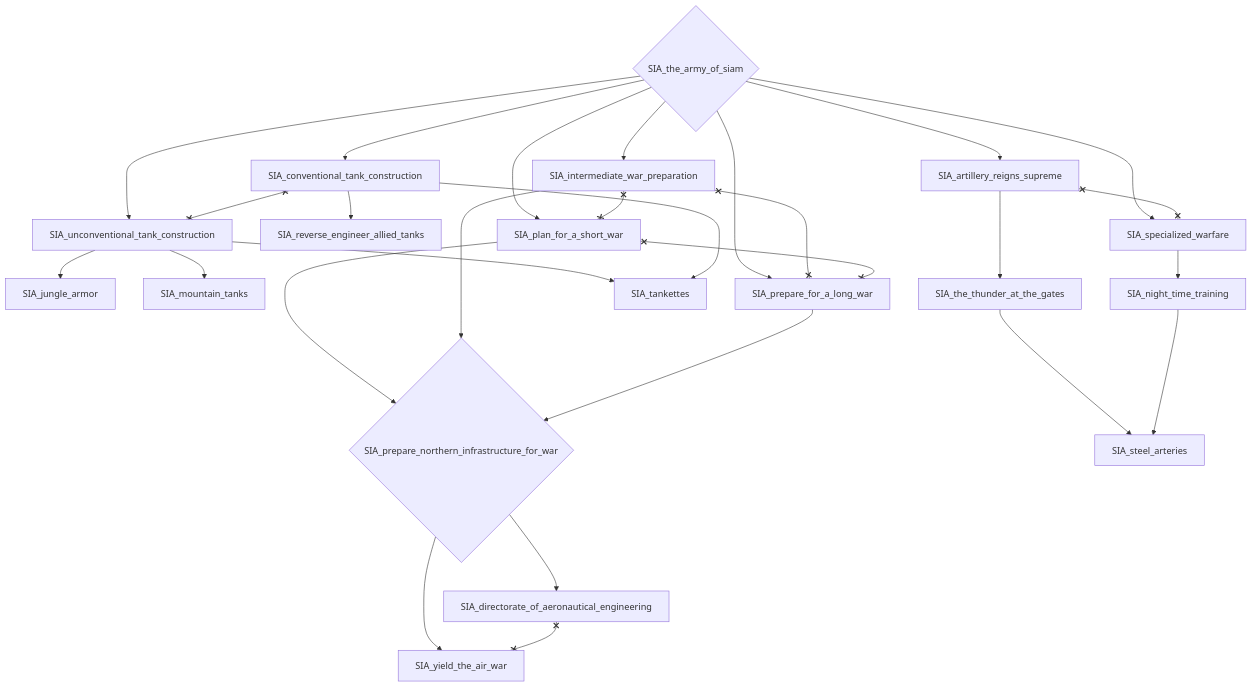
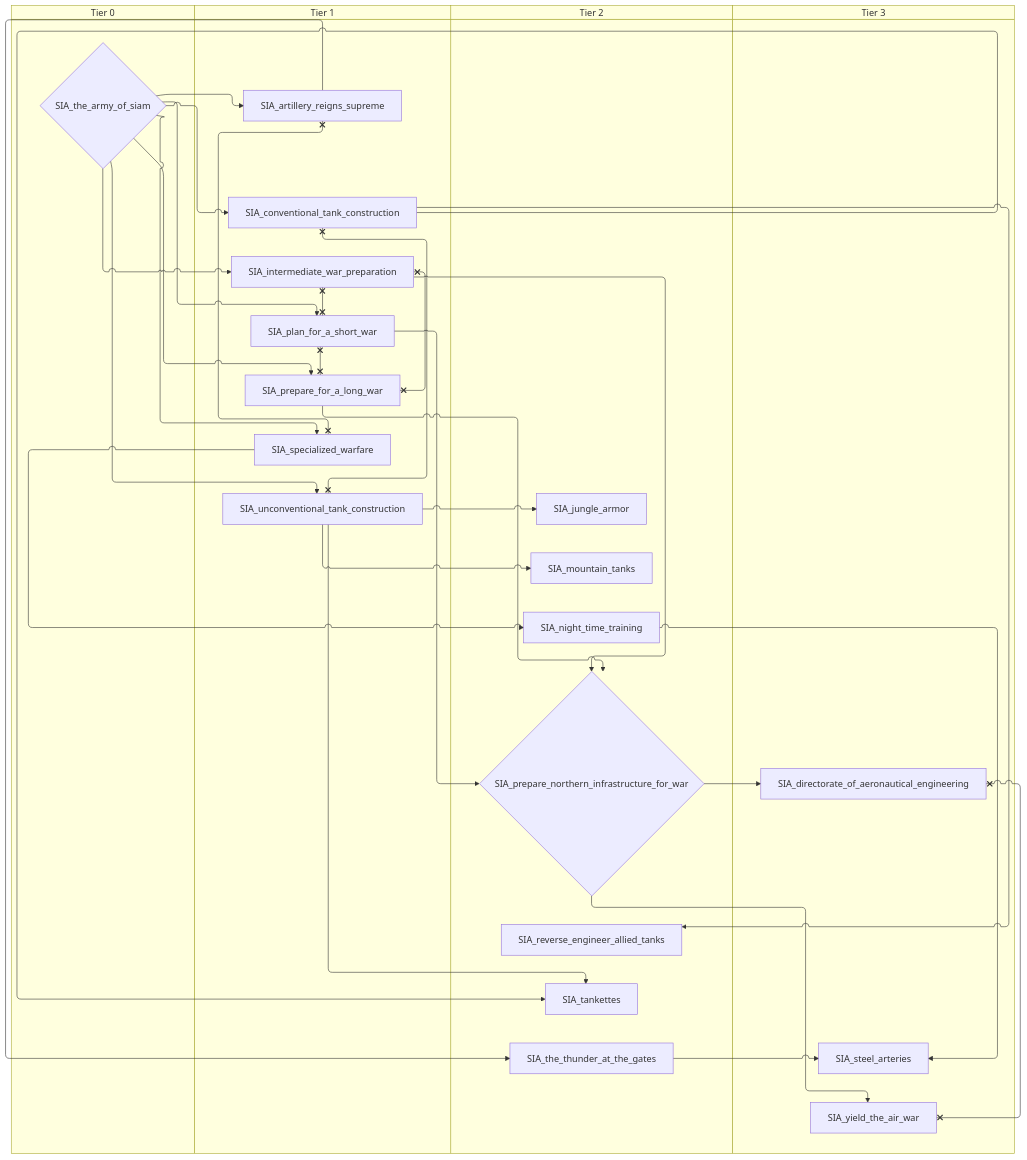
Before and after one commit to evgeny-sobol/hoi4-sandbox-mode-r56: the fifth of 6 diagrams in docs/gdd/National Focuses/r56/siam.md, drawn with Mermaid. The commit also changed other lines of this file and 423 other files, not shown here.

First line of the commit message:
Re-export Rt56 focus trees as swimlane diagrams

````diff
--- a/docs/gdd/National Focuses/r56/siam.md
+++ b/docs/gdd/National Focuses/r56/siam.md
@@ -214,48 +264,56 @@
 ```mermaid
-flowchart TD
-    n81["SIA_artillery_reigns_supreme"]
-    n82["SIA_conventional_tank_construction"]
-    n83["SIA_directorate_of_aeronautical_engineering"]
-    n84["SIA_intermediate_war_preparation"]
-    n85["SIA_jungle_armor"]
-    n86["SIA_mountain_tanks"]
-    n87["SIA_night_time_training"]
-    n88["SIA_plan_for_a_short_war"]
-    n89["SIA_prepare_for_a_long_war"]
-    n90{"SIA_prepare_northern_infrastructure_for_war"}
-    n91["SIA_reverse_engineer_allied_tanks"]
-    n92["SIA_specialized_warfare"]
-    n93["SIA_steel_arteries"]
-    n94["SIA_tankettes"]
-    n95{"SIA_the_army_of_siam"}
-    n96["SIA_the_thunder_at_the_gates"]
-    n97["SIA_unconventional_tank_construction"]
-    n98["SIA_yield_the_air_war"]
-    n95 --> n81
-    n95 --> n82
-    n90 --> n83
-    n95 --> n84
-    n97 --> n85
-    n97 --> n86
-    n92 --> n87
-    n95 --> n88
-    n95 --> n89
+swimlane-beta TD
+    subgraph tier_0["Tier 0"]
+        n81{"SIA_the_army_of_siam"}
+    end
+    subgraph tier_1["Tier 1"]
+        n82["SIA_artillery_reigns_supreme"]
+        n83["SIA_conventional_tank_construction"]
+        n84["SIA_intermediate_war_preparation"]
+        n85["SIA_plan_for_a_short_war"]
+        n86["SIA_prepare_for_a_long_war"]
+        n87["SIA_specialized_warfare"]
+        n88["SIA_unconventional_tank_construction"]
+    end
+    subgraph tier_2["Tier 2"]
+        n89["SIA_jungle_armor"]
+        n90["SIA_mountain_tanks"]
+        n91["SIA_night_time_training"]
+        n92{"SIA_prepare_northern_infrastructure_for_war"}
+        n93["SIA_reverse_engineer_allied_tanks"]
+        n94["SIA_tankettes"]
+        n95["SIA_the_thunder_at_the_gates"]
+    end
+    subgraph tier_3["Tier 3"]
+        n96["SIA_directorate_of_aeronautical_engineering"]
+        n97["SIA_steel_arteries"]
+        n98["SIA_yield_the_air_war"]
+    end
+    n81 --> n82
+    n81 --> n83
+    n92 --> n96
+    n81 --> n84
+    n88 --> n89
     n88 --> n90
-    n84 --> n90
-    n89 --> n90
-    n82 --> n91
-    n95 --> n92
-    n96 --> n93
-    n87 --> n93
-    n97 --> n94
-    n82 --> n94
-    n81 --> n96
+    n87 --> n91
+    n81 --> n85
+    n81 --> n86
+    n85 --> n92
+    n84 --> n92
+    n86 --> n92
+    n83 --> n93
+    n81 --> n87
     n95 --> n97
-    n90 --> n98
-    n81 x--x n92
-    n82 x--x n97
-    n83 x--x n98
-    n84 x--x n88
-    n84 x--x n89
-    n88 x--x n89
+    n91 --> n97
+    n88 --> n94
+    n83 --> n94
+    n82 --> n95
+    n81 --> n88
+    n92 --> n98
+    n82 x--x n87
+    n83 x--x n88
+    n96 x--x n98
+    n84 x--x n85
+    n84 x--x n86
+    n85 x--x n86
 ```
````
